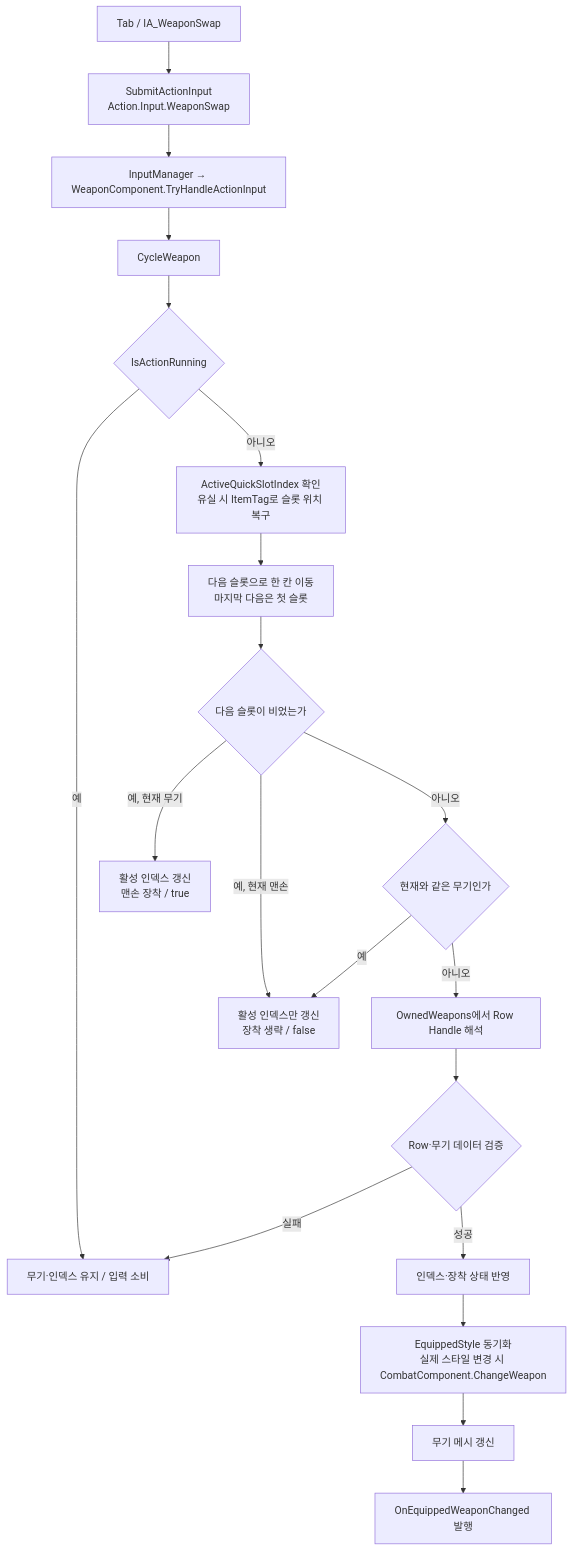
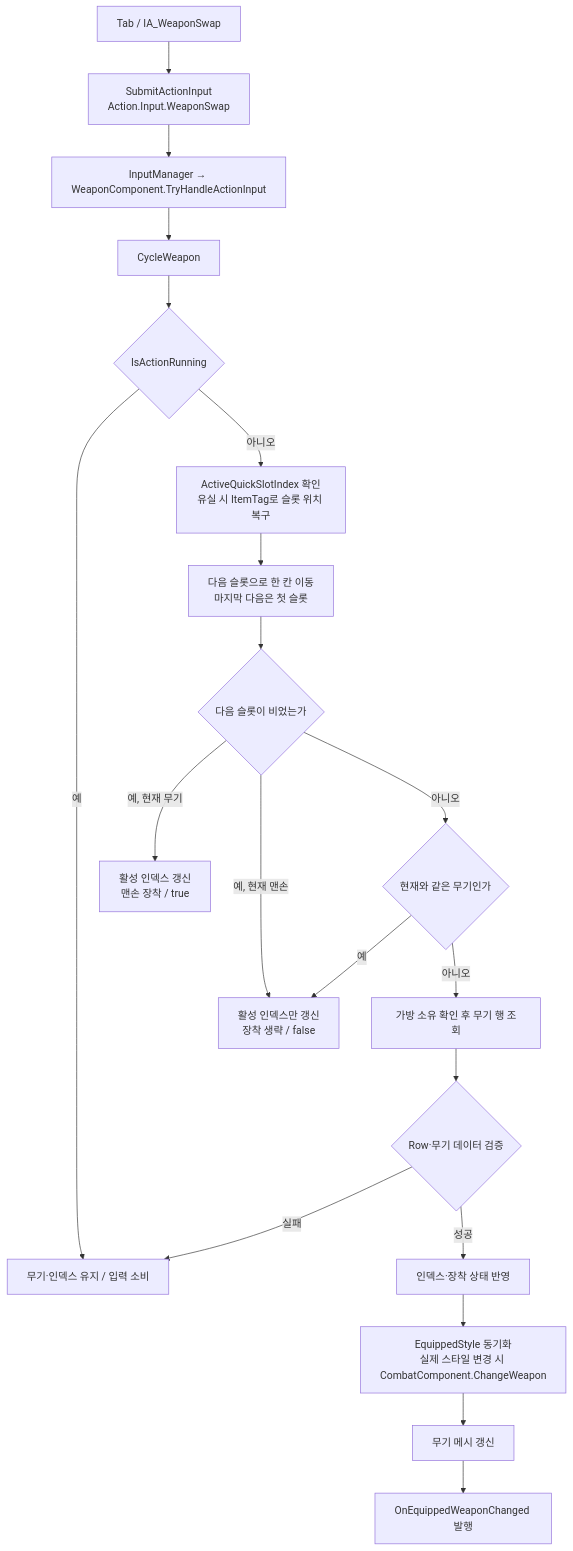
One commit to DreamersStudio3/Maverick changed the diagram in docs/wiki/Features/Combat/Weapon-Swap/document.md. Above: the diagram before and after it, drawn with Mermaid. The commit also changed other lines of this file and 6 other files, not shown here.

````diff
--- a/docs/wiki/Features/Combat/Weapon-Swap/document.md
+++ b/docs/wiki/Features/Combat/Weapon-Swap/document.md
@@ -92,22 +84,22 @@
 ```mermaid
 flowchart TD
     Tab["Tab / IA_WeaponSwap"] --> Submit["SubmitActionInput<br/>Action.Input.WeaponSwap"]
     Submit --> Manager["InputManager → WeaponComponent.TryHandleActionInput"]
     Manager --> Cycle["CycleWeapon"]
     Cycle --> Running{"IsActionRunning"}
     Running -->|예| Keep["무기·인덱스 유지 / 입력 소비"]
     Running -->|아니오| Index["ActiveQuickSlotIndex 확인<br/>유실 시 ItemTag로 슬롯 위치 복구"]
     Index --> Next["다음 슬롯으로 한 칸 이동<br/>마지막 다음은 첫 슬롯"]
     Next --> Empty{"다음 슬롯이 비었는가"}
     Empty -->|예, 현재 무기| BareHand["활성 인덱스 갱신<br/>맨손 장착 / true"]
     Empty -->|예, 현재 맨손| IndexOnly["활성 인덱스만 갱신<br/>장착 생략 / false"]
     Empty -->|아니오| Same{"현재와 같은 무기인가"}
     Same -->|예| IndexOnly
-    Same -->|아니오| Resolve["OwnedWeapons에서 Row Handle 해석"]
+    Same -->|아니오| Resolve["가방 소유 확인 후 무기 행 조회"]
     Resolve --> Validate{"Row·무기 데이터 검증"}
     Validate -->|실패| Keep
     Validate -->|성공| Apply["인덱스·장착 상태 반영"]
     Apply --> Style["EquippedStyle 동기화<br/>실제 스타일 변경 시 CombatComponent.ChangeWeapon"]
     Style --> Visual["무기 메시 갱신"]
     Visual --> Event["OnEquippedWeaponChanged 발행"]
 ```
````
